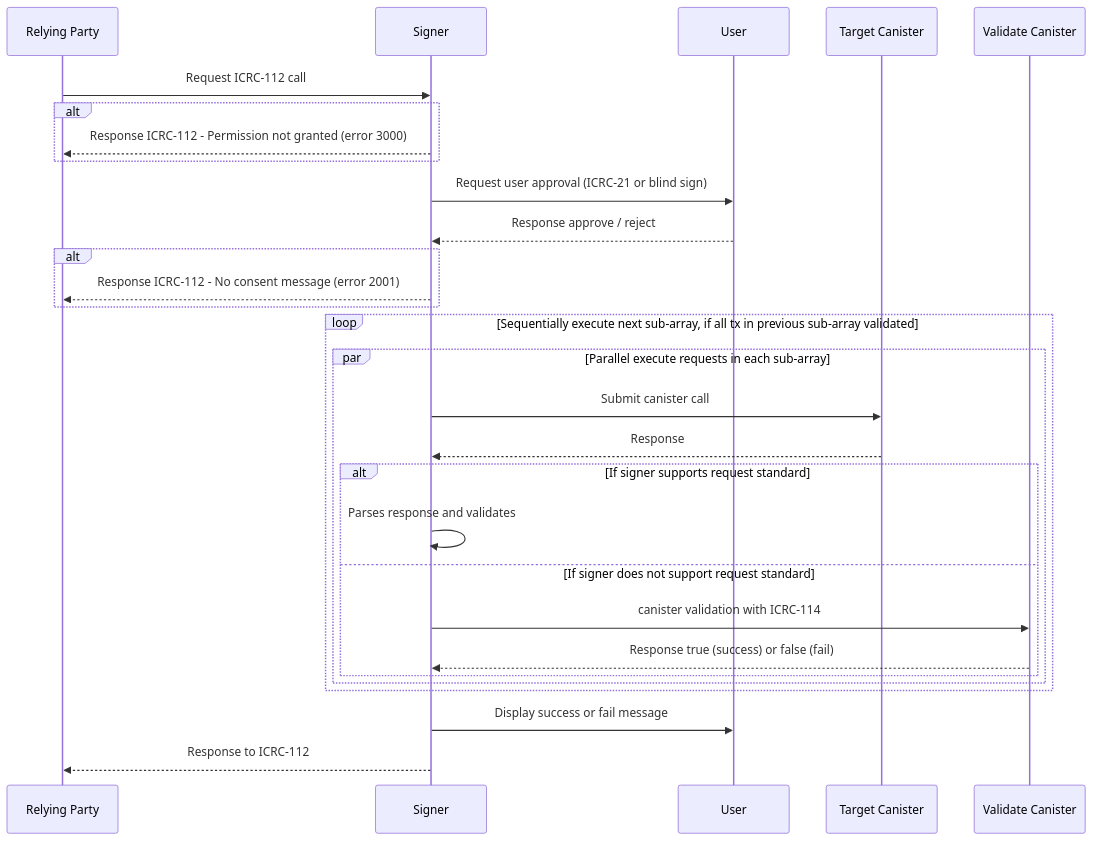
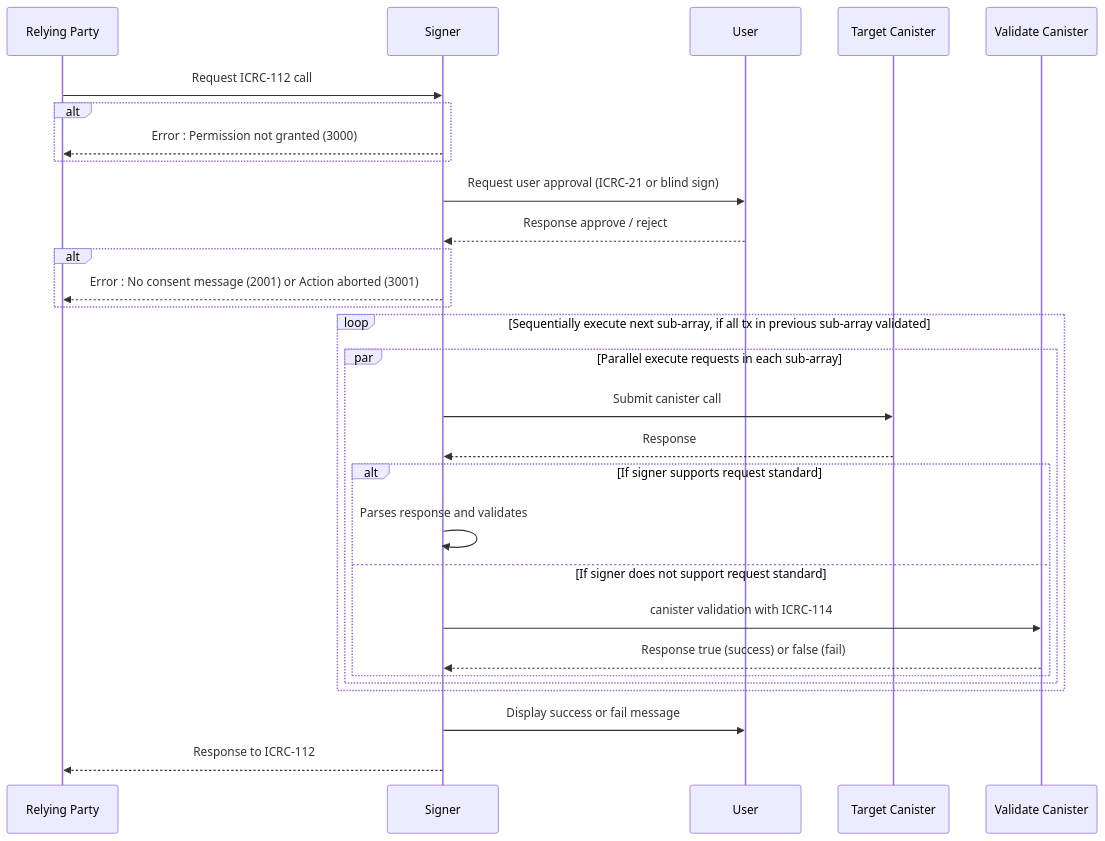
One commit to baolongt/wg-identity-authentication changed the diagram in topics/icrc_112_batch_canister_call.md. Above: the diagram before and after it, drawn with Mermaid.

````diff
--- a/topics/icrc_112_batch_canister_call.md
+++ b/topics/icrc_112_batch_canister_call.md
@@ -113,45 +113,45 @@
 ```mermaid
 sequenceDiagram
     participant RP as Relying Party
     participant S as Signer
     participant U as User
     participant C as Target Canister
     participant VC as Validate Canister
 
     RP ->> S: Request ICRC-112 call
     
     alt
-        S -->> RP: Response ICRC-112 - Permission not granted (error 3000)
+        S -->> RP: Error : Permission not granted (3000)
     end
 
     S ->> U: Request user approval (ICRC-21 or blind sign)
     U -->> S: Response approve / reject
 
     alt
-        S -->> RP: Response ICRC-112 - No consent message (error 2001)
+        S -->> RP: Error : No consent message (2001) or Action aborted (3001)
     end
     
     
     
         
         loop Sequentially execute next sub-array, if all tx in previous sub-array validated
             par Parallel execute requests in each sub-array
                 S ->> C: Submit canister call
                 C -->> S: Response
         
 
                 %% validation only one in both validation
                 alt If signer supports request standard
                     S ->> S: Parses response and validates
                 else If signer does not support request standard
                     S ->> VC: canister validation with ICRC-114
                     VC -->> S: Response true (success) or false (fail)
                 end 
 
             end
     
         end
 
         S ->> U: Display success or fail message
         S -->> RP: Response to ICRC-112
 ```
````
